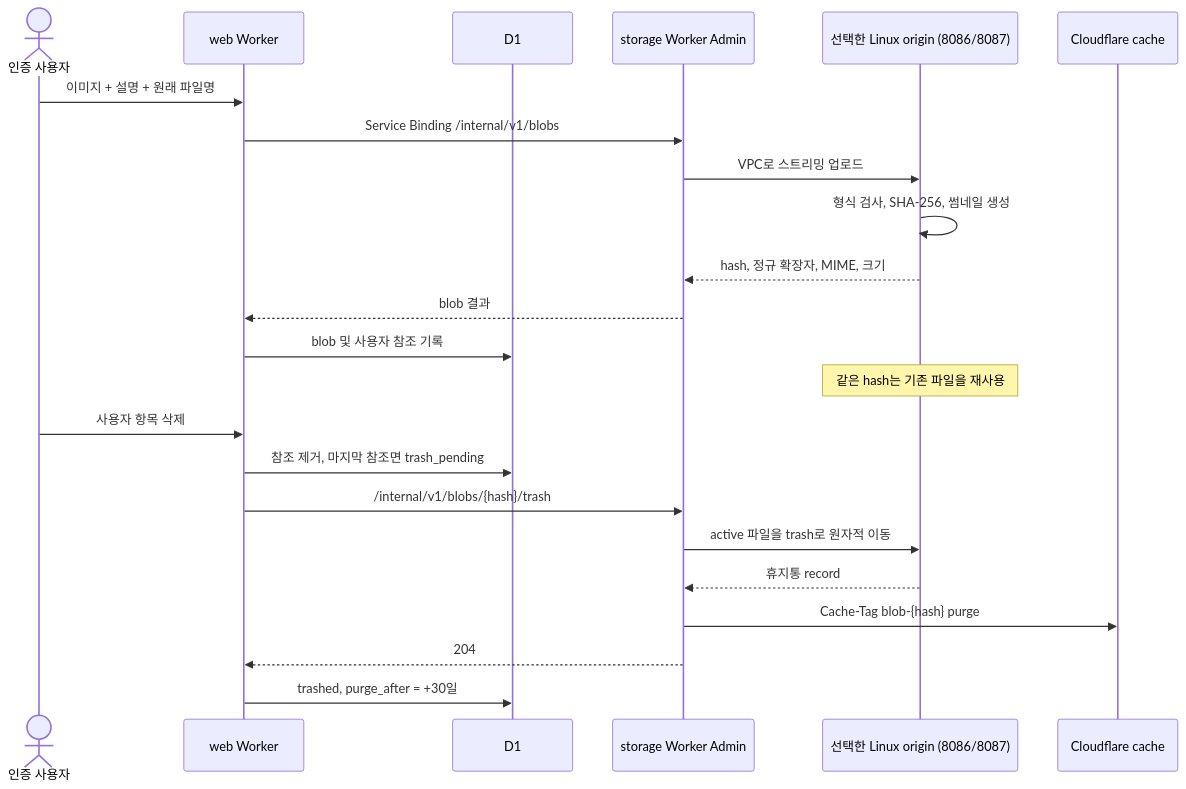
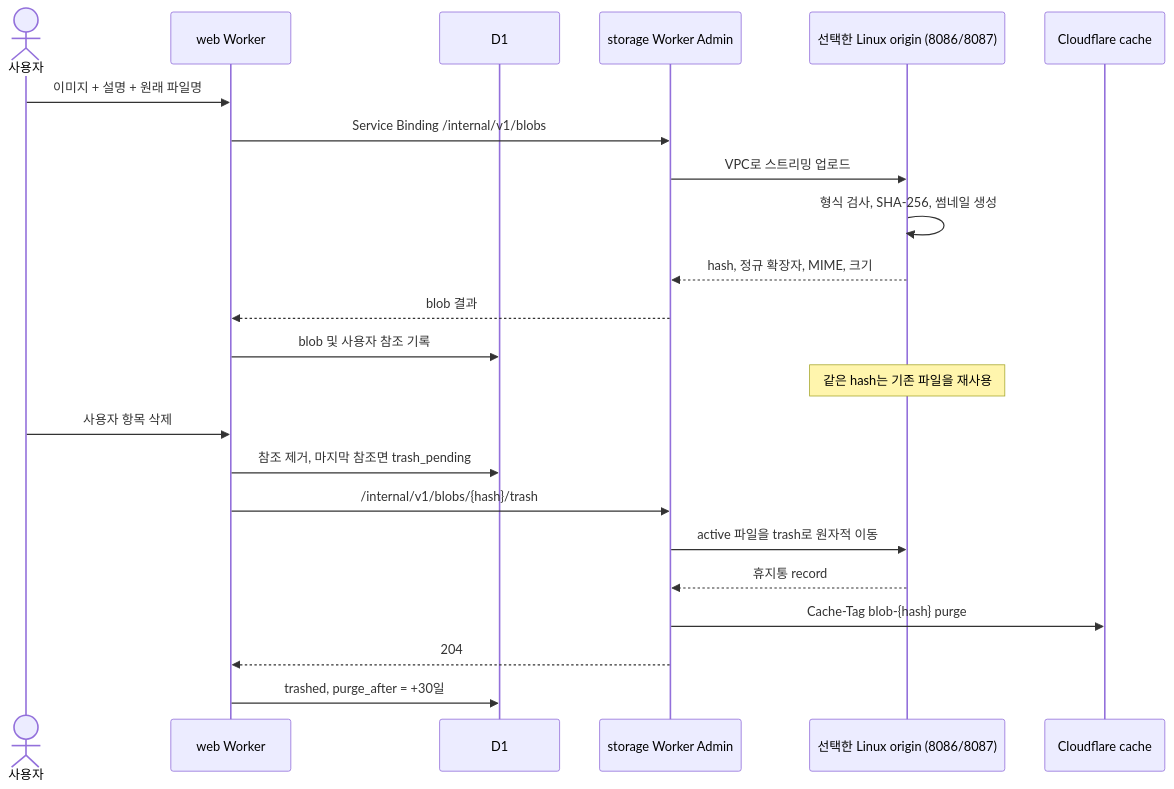
One commit to octopus7/meme changed the third of 4 diagrams in docs/architecture.md. Above: the diagram before and after it, drawn with Mermaid. The commit also changed other lines of this file and 18 other files, not shown here.

````diff
--- a/docs/architecture.md
+++ b/docs/architecture.md
@@ -101,27 +96,27 @@
 ```mermaid
 sequenceDiagram
-    actor U as 인증 사용자
+    actor U as 사용자
     participant W as web Worker
     participant D as D1
     participant A as storage Worker Admin
     participant O as 선택한 Linux origin (8086/8087)
     participant C as Cloudflare cache
 
     U->>W: 이미지 + 설명 + 원래 파일명
     W->>A: Service Binding /internal/v1/blobs
     A->>O: VPC로 스트리밍 업로드
     O->>O: 형식 검사, SHA-256, 썸네일 생성
     O-->>A: hash, 정규 확장자, MIME, 크기
     A-->>W: blob 결과
     W->>D: blob 및 사용자 참조 기록
     Note over O: 같은 hash는 기존 파일을 재사용
 
     U->>W: 사용자 항목 삭제
     W->>D: 참조 제거, 마지막 참조면 trash_pending
     W->>A: /internal/v1/blobs/{hash}/trash
     A->>O: active 파일을 trash로 원자적 이동
     O-->>A: 휴지통 record
     A->>C: Cache-Tag blob-{hash} purge
     A-->>W: 204
     W->>D: trashed, purge_after = +30일
 ```
````
